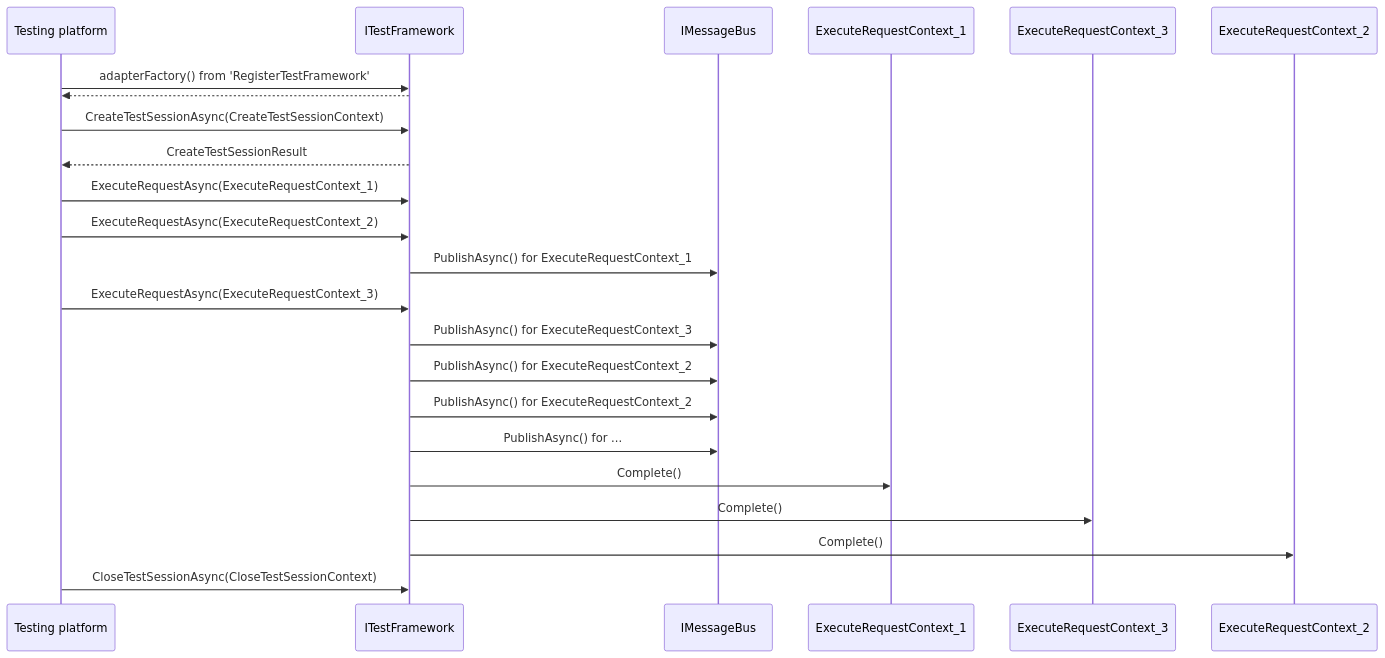
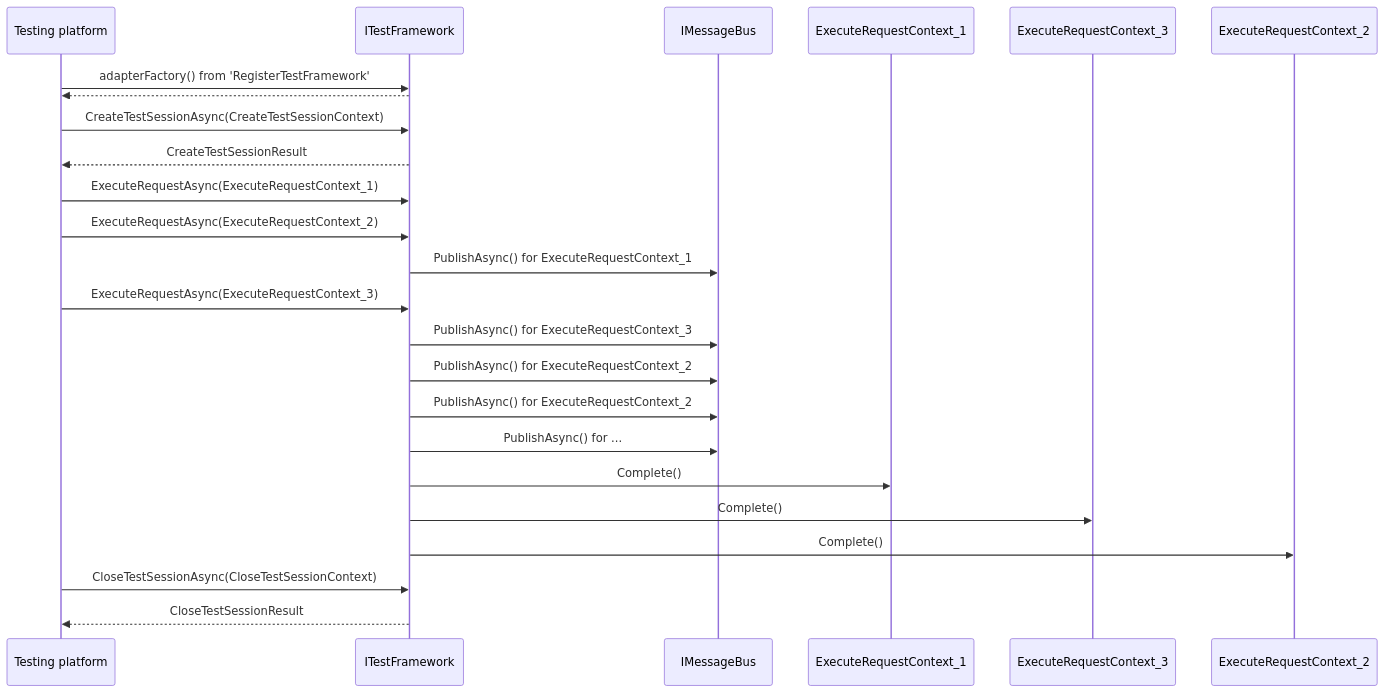
The diagram in docs/testingplatform/itestframework.md (microsoft/testfx), drawn with Mermaid before and after one commit.

````diff
--- a/docs/testingplatform/itestframework.md
+++ b/docs/testingplatform/itestframework.md
@@ -78,19 +78,20 @@
 ```mermaid
 sequenceDiagram
     Testing platform->>ITestFramework: adapterFactory() from 'RegisterTestFramework'
     ITestFramework-->>Testing platform: 
     Testing platform->>ITestFramework: CreateTestSessionAsync(CreateTestSessionContext)
     ITestFramework-->>Testing platform: CreateTestSessionResult
     Testing platform->>ITestFramework: ExecuteRequestAsync(ExecuteRequestContext_1)
     Testing platform->>ITestFramework: ExecuteRequestAsync(ExecuteRequestContext_2)
     ITestFramework->>IMessageBus: PublishAsync() for ExecuteRequestContext_1
     Testing platform->>ITestFramework: ExecuteRequestAsync(ExecuteRequestContext_3)
     ITestFramework->>IMessageBus: PublishAsync() for ExecuteRequestContext_3
     ITestFramework->>IMessageBus: PublishAsync() for ExecuteRequestContext_2
     ITestFramework->>IMessageBus: PublishAsync() for ExecuteRequestContext_2
     ITestFramework->>IMessageBus: PublishAsync() for ...
     ITestFramework->>ExecuteRequestContext_1: Complete()
     ITestFramework->>ExecuteRequestContext_3: Complete()
     ITestFramework->>ExecuteRequestContext_2: Complete()
     Testing platform->>ITestFramework: CloseTestSessionAsync(CloseTestSessionContext)
+    ITestFramework-->>Testing platform: CloseTestSessionResult
 ```
````
